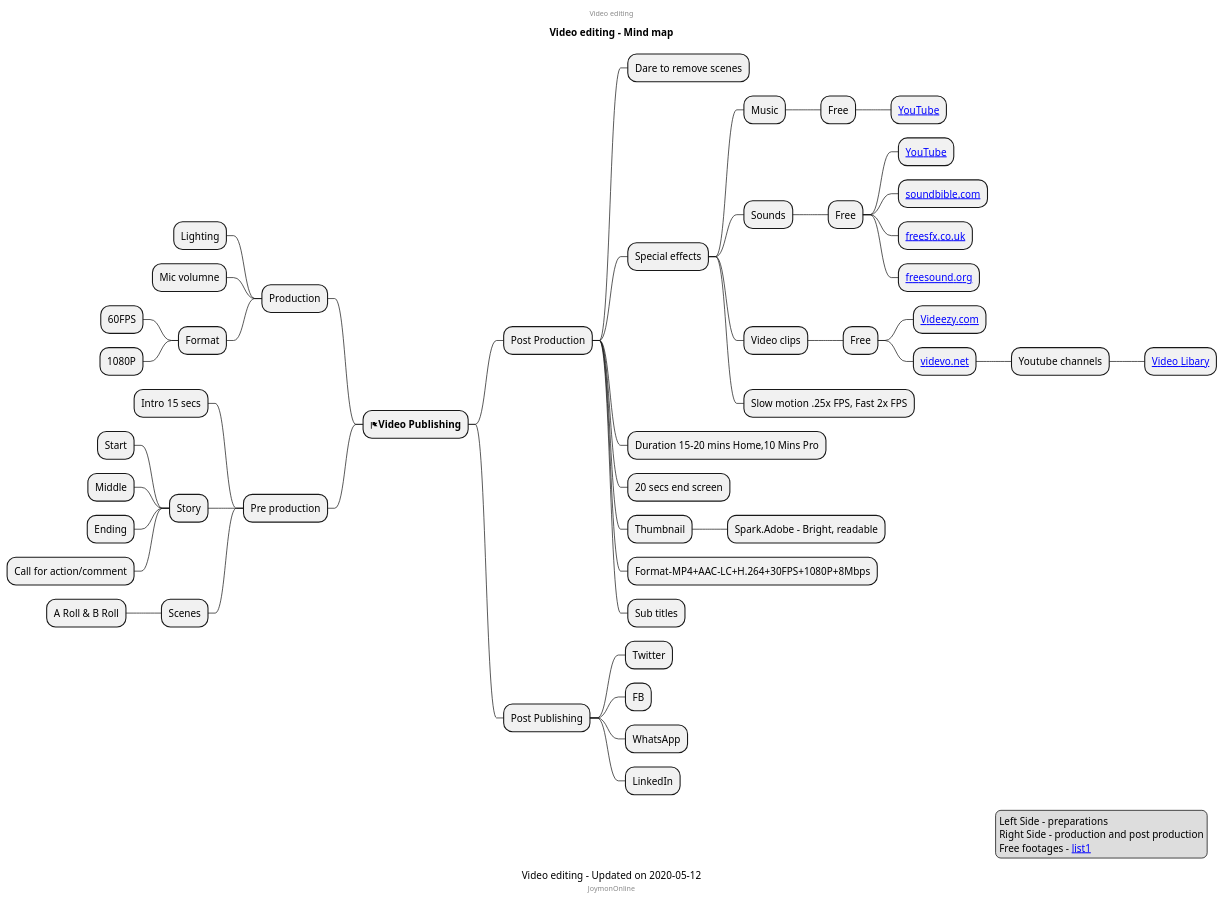
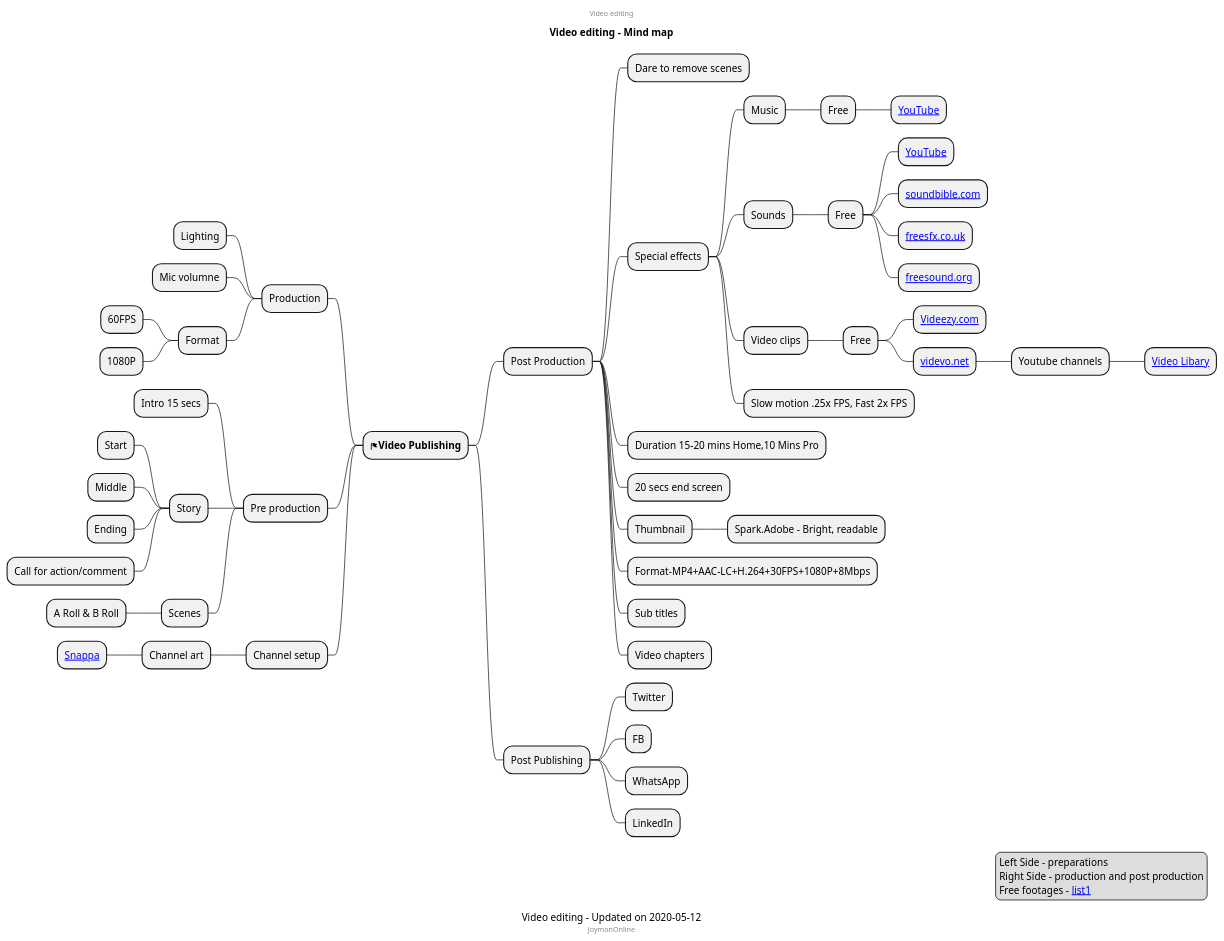
The diagram in media/video/publishing.puml (mind-maps/technology), drawn with PlantUML before and after one commit.

Commit message:
Added snappa and video chapters

```diff
--- a/media/video/publishing.puml
+++ b/media/video/publishing.puml
@@ -1,65 +1,68 @@
 @startmindmap
 caption Video editing - Updated on 2020-05-12
 title Video editing - Mind map
 center header
 Video editing
 endheader
 
 * <&flag><b>Video Publishing</b>
 
 ** Post Production
 *** Dare to remove scenes
 *** Special effects
 **** Music
 ***** Free
 ****** [[https://www.youtube.com/audiolibrary/music?nv=1 YouTube]]
 **** Sounds
 ***** Free
 ****** [[https://www.youtube.com/audiolibrary/soundeffects?nv=1 YouTube]]
 ****** [[https://soundbible.com/ soundbible.com]]
 ****** [[https://freesfx.co.uk/ freesfx.co.uk]]
 ****** [[https://freesound.org/ freesound.org]]
 **** Video clips
 ***** Free
 ****** [[https://www.videezy.com/ Videezy.com]]
 ****** [[https://www.videvo.net/ videvo.net]]
 ******* Youtube channels
 ******** [[https://www.youtube.com/channel/UC8ScFr0TdBPz9bLElei6-VA/videos Video Libary]]
 **** Slow motion .25x FPS, Fast 2x FPS
 *** Duration 15-20 mins Home,10 Mins Pro
 *** 20 secs end screen
 *** Thumbnail
 **** Spark.Adobe - Bright, readable
 *** Format-MP4+AAC-LC+H.264+30FPS+1080P+8Mbps
 *** Sub titles
+*** Video chapters
 ** Post Publishing
 *** Twitter
 *** FB
 *** WhatsApp
 *** LinkedIn
 
 left side
 ** Production
 *** Lighting
 *** Mic volumne
 *** Format
 **** 60FPS
 **** 1080P
 ** Pre production
 *** Intro 15 secs
 *** Story
 **** Start
 **** Middle
 **** Ending
 ****  Call for action/comment
 *** Scenes
 **** A Roll & B Roll
-
+** Channel setup
+*** Channel art
+**** [[https://snappa.com/ Snappa]]
 center footer JoymonOnline
 
 legend right
   Left Side - preparations
   Right Side - production and post production
   Free footages - [[https://www.oberlo.com/blog/free-stock-video-websites list1]]
 endlegend
 @endmindmap
```
